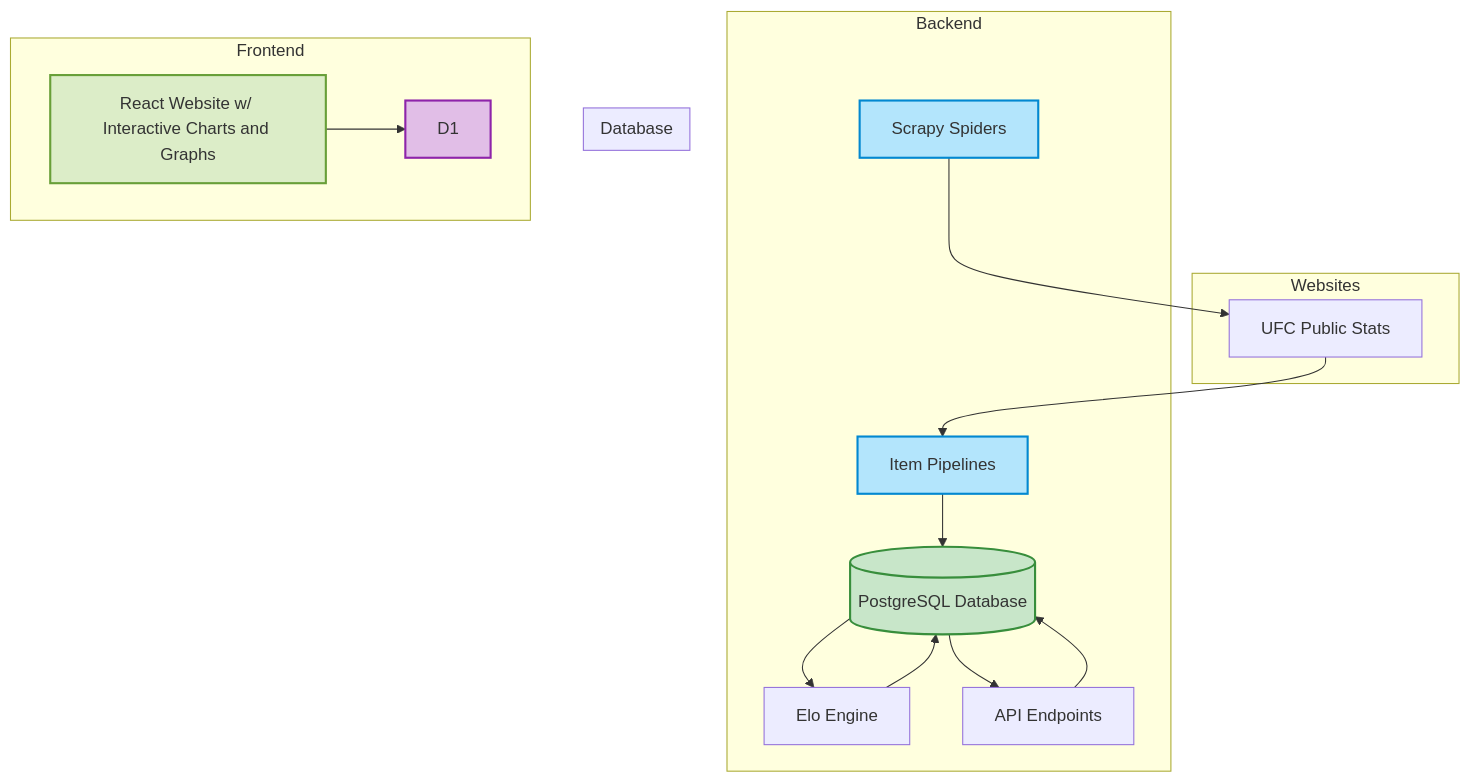
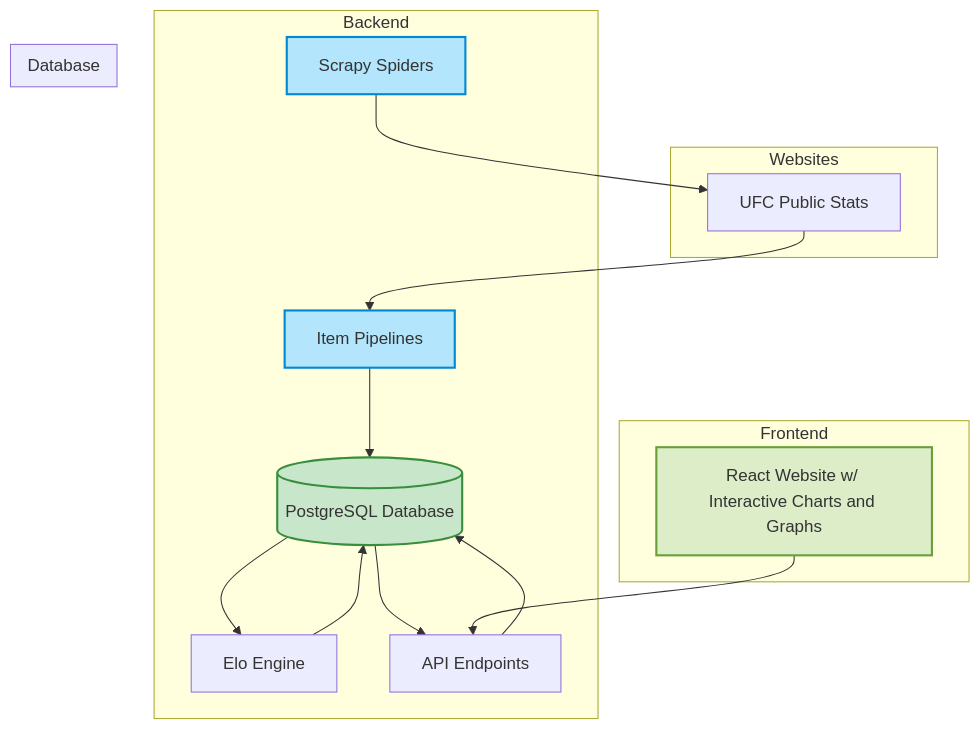
The diagram in README.md (alpinedev51/mma-elo-engine-py), drawn with Mermaid before and after one commit.

````diff
--- a/README.md
+++ b/README.md
@@ -52,43 +52,43 @@
 ```mermaid
 flowchart TD
 
     subgraph Websites
         W1[UFC Public Stats]
     end
 
     subgraph Backend
         A1[Scrapy Spiders] --> W1
         W1 --> A2[Item Pipelines]
         A2 --> B1
         A3[Elo Engine] --> B1
         A4[API Endpoints] --> B1
         click A1 "Scrapy Spiders regularly crawl MMA websites for fighter data."
         click A2 "Pipelines process and store the fighter data into the database."
         click A3 "Elo engine processes data in database and updates Elo scores."
         click A4 "APIs provide access to database via CRUD operations."
     end
 
     subgraph Database
         B1[(PostgreSQL Database)] --> A3
         B1 --> A4
         click B1 "PostgreSQL database stores and handles fighter data and Elo scores."
     end
 
     subgraph Frontend
-        E1[React Website w/ Interactive Charts and Graphs] --> D1
+        E1[React Website w/ Interactive Charts and Graphs] --> A4
         click E1 "Provides UI for interacting with Backend API."
         click E1 "Data is displayed in a React-based frontend."
     end
 
     classDef blue fill:#B3E5FC,stroke:#0288D1,stroke-width:2px;
     classDef green fill:#C8E6C9,stroke:#388E3C,stroke-width:2px;
     classDef orange fill:#FFE0B2,stroke:#F57C00,stroke-width:2px;
     classDef purple fill:#E1BEE7,stroke:#8E24AA,stroke-width:2px;
     classDef lightgreen fill:#DCEDC8,stroke:#689F38,stroke-width:2px;
 
     class A1,A2 blue;
     class B1 green;
     class C1 orange;
     class D1 purple;
     class E1 lightgreen;
 ```
````
